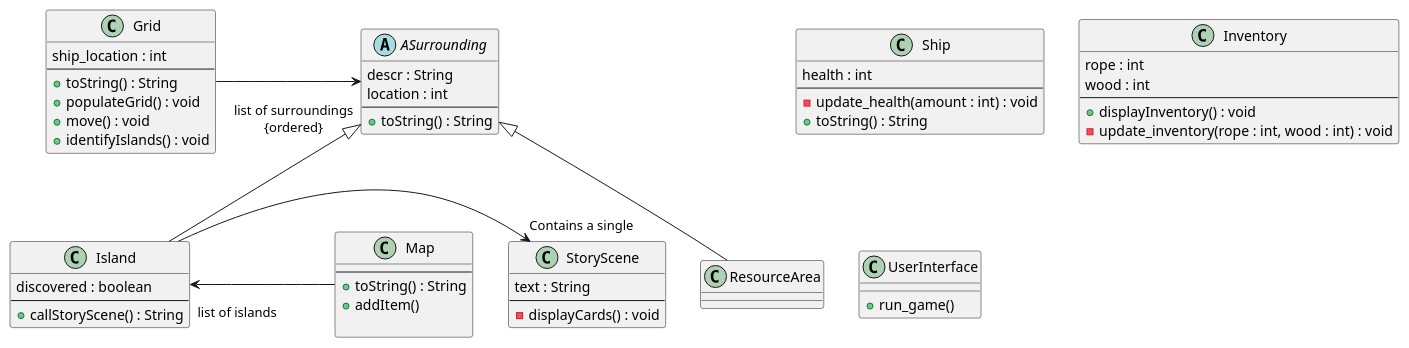
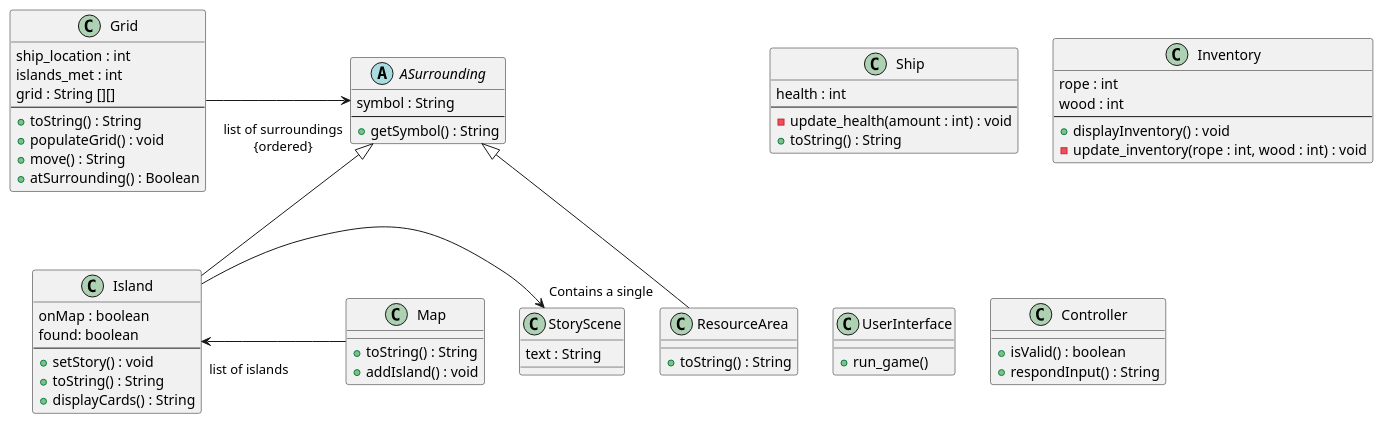
One commit to emutchek/MaraudersAtSea changed the first of 3 diagrams in CMPU_203_PirateGame/doc/design.md. Above: the diagram before and after it, drawn with PlantUML. The commit also changed 2 other files, not shown here.

Commit message:
edited todo list

````diff
--- a/CMPU_203_PirateGame/doc/design.md
+++ b/CMPU_203_PirateGame/doc/design.md
@@ -1,66 +1,73 @@
 ```PlantUML
 @startuml
 
 class Grid {
     ship_location : int
+    islands_met : int
+    grid : String [][]
     --
     +toString() : String
     +populateGrid() : void
-    +move() : void
-    +identifyIslands() : void
+    +move() : String
+    +atSurrounding() : Boolean
 }
 Grid ->  "\nlist of surroundings\n{ordered}" ASurrounding : \t\t\t\t
 
 abstract class ASurrounding {
-    descr : String
-    location : int 
+    symbol : String
     --
-    +toString() : String
+    +getSymbol() : String
 }
 ASurrounding <|-- Island
 ASurrounding <|-- ResourceArea
 
-class ResourceArea {}
+class ResourceArea {
+    +toString() : String
+}
 
 class Island {
-    discovered : boolean
+    onMap : boolean
+    found: boolean
     --
-    +callStoryScene() : String
+    +setStory() : void
+    +toString() : String
+    +displayCards() : String
 }
 
 Island -> "Contains a single" StoryScene : \t\t\t\t
 
 class Map {
---
     +toString() : String
-    +addItem() 
-
+    +addIsland() : void 
 }
 Map ->  "\nlist of islands" Island : \t\t\t\t
 
 class StoryScene {
     text : String
-    --
-    -displayCards() : void
 }
 
 class Ship {
     health : int
     --
     -update_health(amount : int) : void
     +toString() : String 
 }
 
 class Inventory {
     rope : int
     wood : int 
     --
     +displayInventory() : void
     -update_inventory(rope : int, wood : int) : void
 }
 
 class UserInterface {
     +run_game()
 }
+
+class Controller {
+    +isValid() : boolean
+    +respondInput() : String
+}
 @enduml
 ```
````
